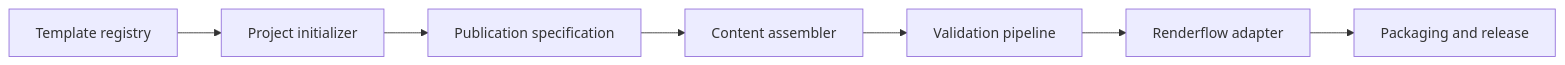
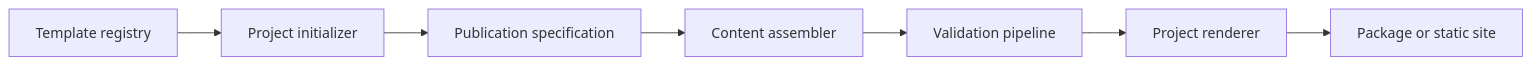
One commit to egohygiene/beacon changed the diagram in ARCHITECTURE.md. Above: the diagram before and after it, drawn with Mermaid. The commit also changed other lines of this file and 52 other files, not shown here.

````diff
--- a/ARCHITECTURE.md
+++ b/ARCHITECTURE.md
@@ -44,16 +44,16 @@
 ```mermaid
 flowchart LR
   S1[Template registry]
   S2[Project initializer]
   S3[Publication specification]
   S4[Content assembler]
   S5[Validation pipeline]
-  S6[Renderflow adapter]
-  S7[Packaging and release]
+  S6[Project renderer]
+  S7[Package or static site]
   S1 --> S2
   S2 --> S3
   S3 --> S4
   S4 --> S5
   S5 --> S6
   S6 --> S7
 ```
````
